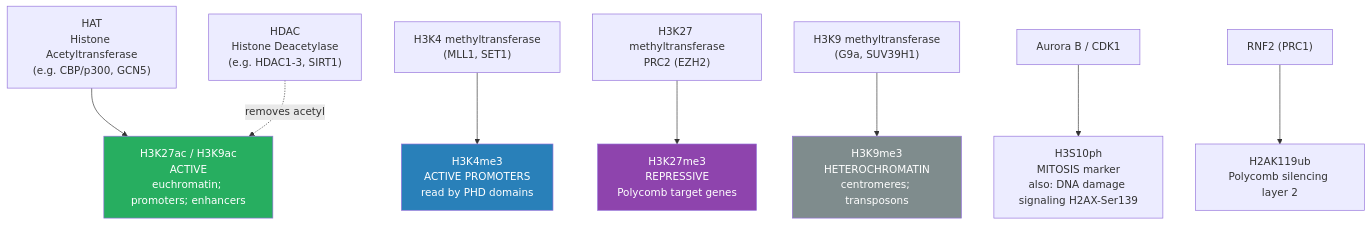
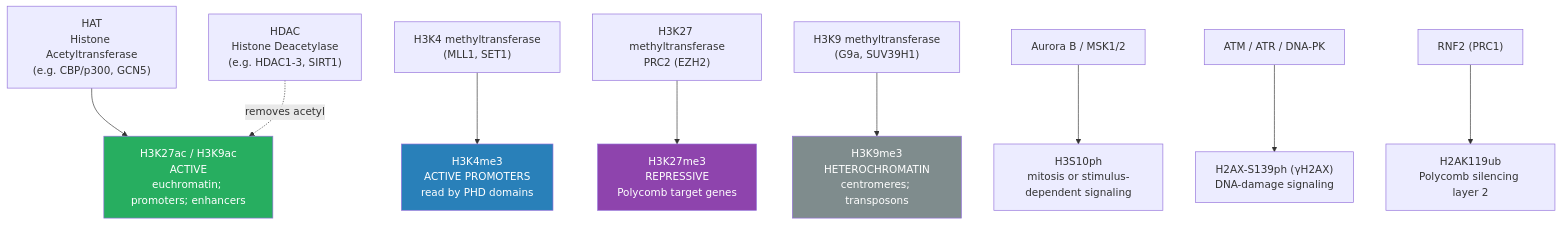
One commit to docxology/biology_textbook changed the first of 5 diagrams in docs/manuscript/unit_IV/chromatin_and_epigenetic_mechanisms.md. Above: the diagram before and after it, drawn with Mermaid. The commit also changed other lines of this file and 444 other files, not shown here.

````diff
--- a/docs/manuscript/unit_IV/chromatin_and_epigenetic_mechanisms.md
+++ b/docs/manuscript/unit_IV/chromatin_and_epigenetic_mechanisms.md
@@ -140,17 +142,18 @@
 ```mermaid
 flowchart TD
     HAT["HAT\nHistone Acetyltransferase\n(e.g. CBP/p300, GCN5)"] --> Ac["H3K27ac / H3K9ac\nACTIVE\neuchromatin; promoters; enhancers"]
     HDAC["HDAC\nHistone Deacetylase\n(e.g. HDAC1-3, SIRT1)"] -.->|removes acetyl| Ac
 
     HMT_act["H3K4 methyltransferase\n(MLL1, SET1)"] --> Me_act["H3K4me3\nACTIVE PROMOTERS\nread by PHD domains"]
     HMT_rep["H3K27 methyltransferase\nPRC2 (EZH2)"] --> Me_rep["H3K27me3\nREPRESSIVE\nPolycomb target genes"]
     HMT_het["H3K9 methyltransferase\n(G9a, SUV39H1)"] --> Me_het["H3K9me3\nHETEROCHROMATIN\ncentromeres; transposons"]
 
-    Kinase["Aurora B / CDK1"] --> Phos["H3S10ph\nMITOSIS marker\nalso: DNA damage signaling H2AX-Ser139"]
+    Kinase["Aurora B / MSK1/2"] --> Phos["H3S10ph<br/>mitosis or stimulus-dependent signaling"]
+    DDR["ATM / ATR / DNA-PK"] --> H2AX["H2AX-S139ph (γH2AX)<br/>DNA-damage signaling"]
     Ub["RNF2 (PRC1)"] --> UbH2A["H2AK119ub\nPolycomb silencing layer 2"]
 
     style Ac fill:#27ae60,color:#fff
     style Me_act fill:#2980b9,color:#fff
     style Me_rep fill:#8e44ad,color:#fff
     style Me_het fill:#7f8c8d,color:#fff
 ```
````
